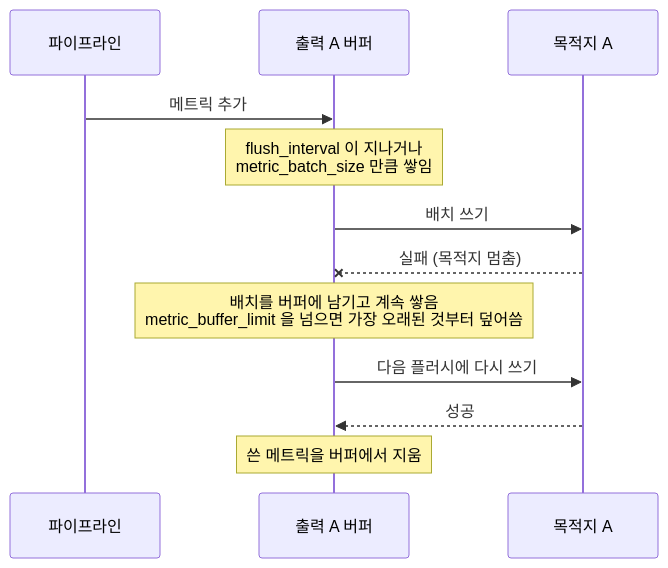
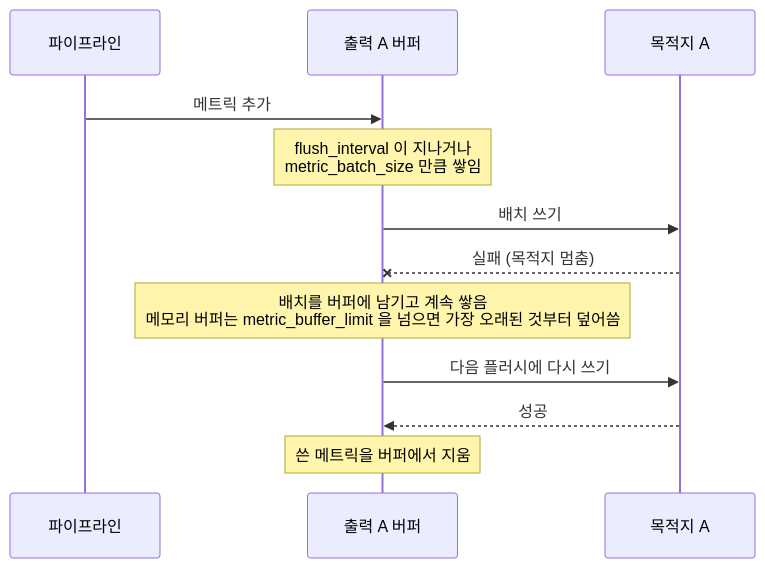
Before and after one commit to Eu4ng/eu4ng.github.io: the second of 3 diagrams in _posts/IoT/2026-09-30-telegraf-플러그인-파이프라인과-출력-버퍼의-동작-원리.md, drawn with Mermaid. The commit also changed other lines of this file and 4 other files, not shown here.

````diff
--- a/_posts/IoT/2026-09-30-telegraf-플러그인-파이프라인과-출력-버퍼의-동작-원리.md
+++ b/_posts/IoT/2026-09-30-telegraf-플러그인-파이프라인과-출력-버퍼의-동작-원리.md
@@ -182,14 +182,14 @@
 ```mermaid
 sequenceDiagram
     participant P as 파이프라인
     participant B as 출력 A 버퍼
     participant D as 목적지 A
     P->>B: 메트릭 추가
     Note over B: flush_interval 이 지나거나<br/>metric_batch_size 만큼 쌓임
     B->>D: 배치 쓰기
     D--xB: 실패 (목적지 멈춤)
-    Note over B: 배치를 버퍼에 남기고 계속 쌓음<br/>metric_buffer_limit 을 넘으면 가장 오래된 것부터 덮어씀
+    Note over B: 배치를 버퍼에 남기고 계속 쌓음<br/>메모리 버퍼는 metric_buffer_limit 을 넘으면 가장 오래된 것부터 덮어씀
     B->>D: 다음 플러시에 다시 쓰기
     D-->>B: 성공
     Note over B: 쓴 메트릭을 버퍼에서 지움
 ```
````
